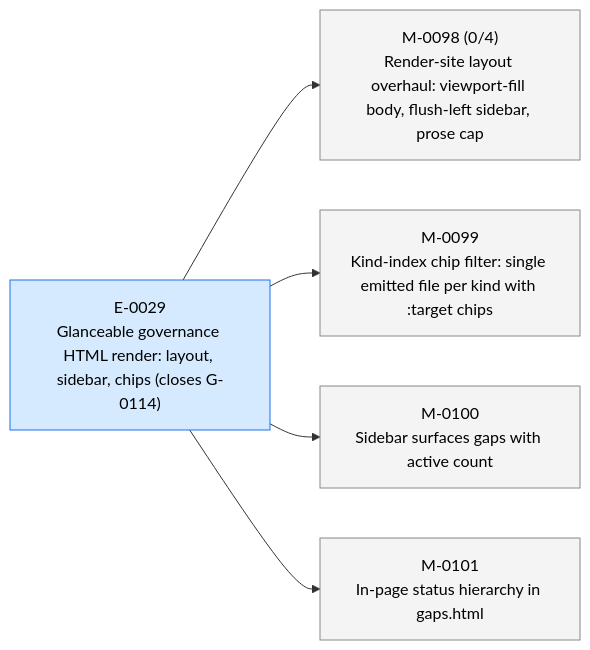
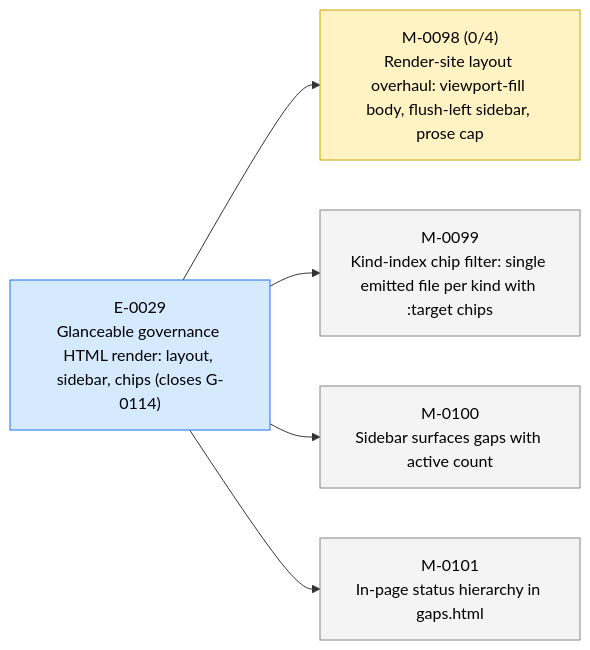
Before and after one commit to 23min/aiwf: the first of 3 diagrams in STATUS.md, drawn with Mermaid. The commit also changed other lines of this file and 1 other file, not shown here.

First line of the commit message:
aiwf promote M-0098 draft -> in_progress

````diff
--- a/STATUS.md
+++ b/STATUS.md
@@ -16,18 +16,18 @@
 ```mermaid
 flowchart LR
   E_0029["E-0029<br/>Glanceable governance HTML render: layout, sidebar, chips (closes G-0114)"]:::epic_active
-  M_0098["M-0098 (0/4)<br/>Render-site layout overhaul: viewport-fill body, flush-left sidebar, prose cap"]:::ms_draft
+  M_0098["M-0098 (0/4)<br/>Render-site layout overhaul: viewport-fill body, flush-left sidebar, prose cap"]:::ms_in_progress
   E_0029 --> M_0098
   M_0099["M-0099<br/>Kind-index chip filter: single emitted file per kind with :target chips"]:::ms_draft
   E_0029 --> M_0099
   M_0100["M-0100<br/>Sidebar surfaces gaps with active count"]:::ms_draft
   E_0029 --> M_0100
   M_0101["M-0101<br/>In-page status hierarchy in gaps.html"]:::ms_draft
   E_0029 --> M_0101
   classDef epic_active fill:#d6eaff,stroke:#1a73e8,color:#000
   classDef epic_proposed fill:#f4f4f4,stroke:#888,color:#000
   classDef ms_done fill:#d8f5d8,stroke:#2a8a2a,color:#000
   classDef ms_in_progress fill:#fff3c4,stroke:#caa400,color:#000
   classDef ms_draft fill:#f4f4f4,stroke:#888,color:#000
   classDef ms_cancelled fill:#fbeaea,stroke:#c33,color:#000
 ```
````
